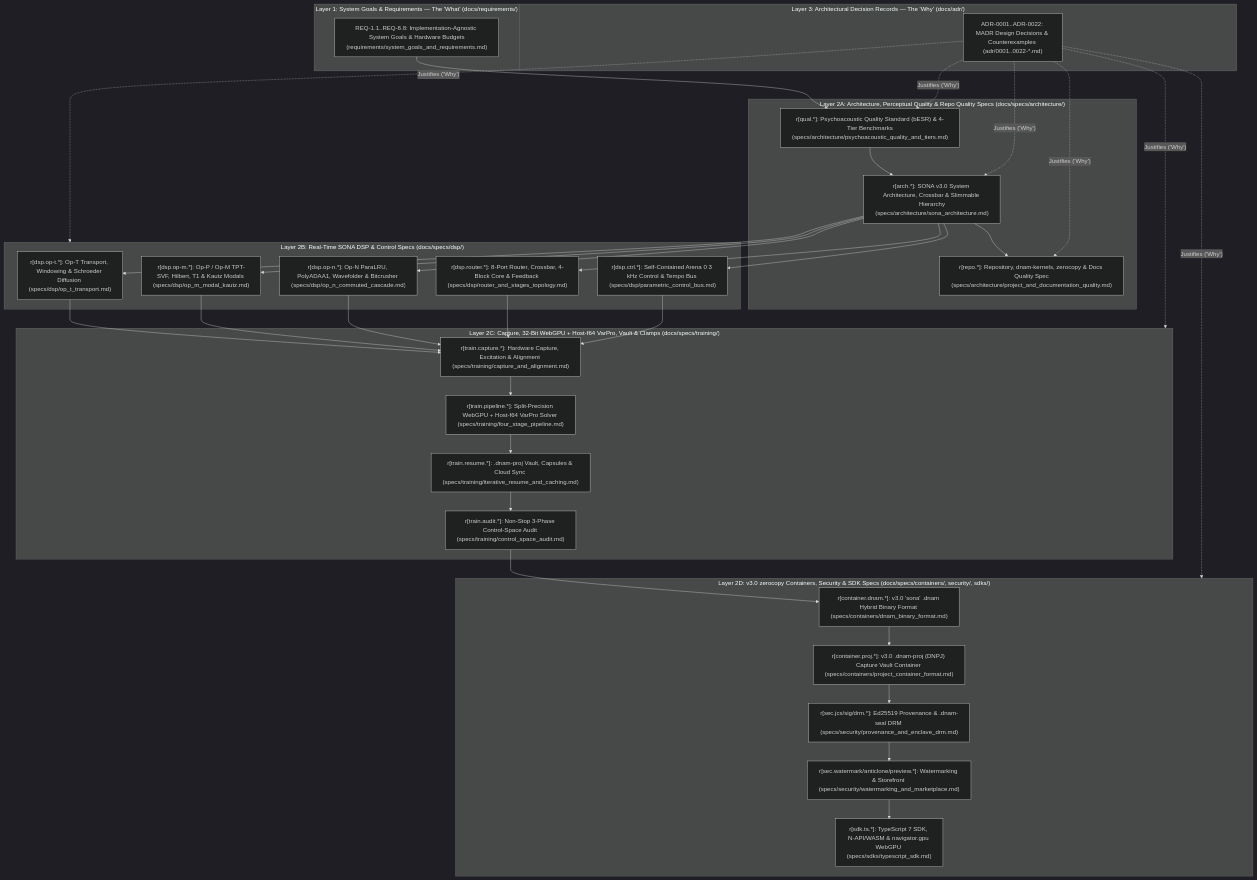
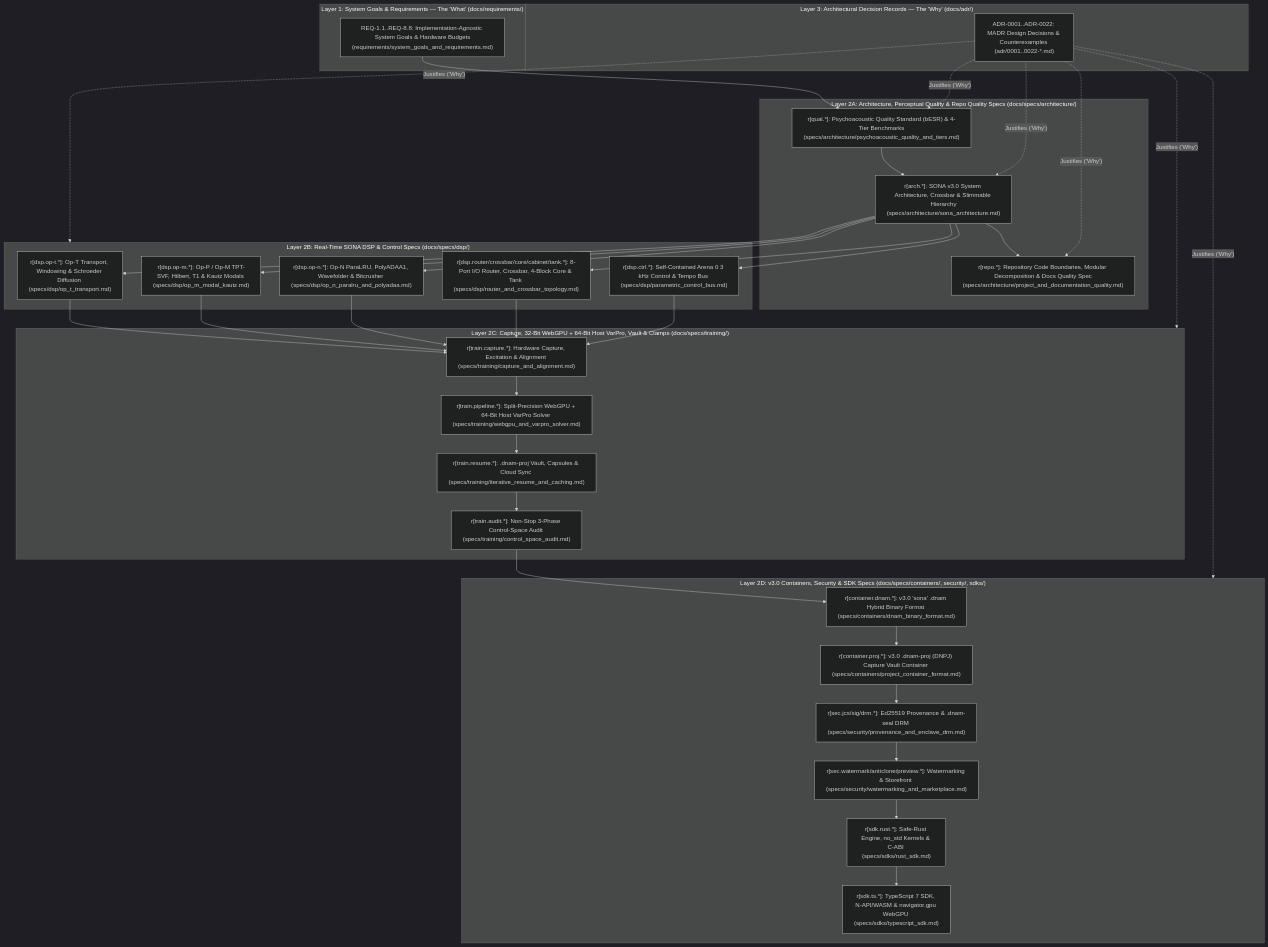
One commit to mokugen/dnam changed the diagram in docs/index.md. Above: the diagram before and after it, drawn with Mermaid (dark theme). The commit also changed other lines of this file and 198 other files, not shown here.

Commit message:
docs(specs,sdks,adr,tests): make 16 domain specs language-agnostic, extract rust_sdk.md & enforce one-way guardrails

````diff
--- a/docs/index.md
+++ b/docs/index.md
@@ -16,48 +16,49 @@
 ```mermaid
 flowchart TD
     subgraph Req ["Layer 1: System Goals & Requirements — The 'What' (docs/requirements/)"]
         G1["REQ-1.1..REQ-8.8: Implementation-Agnostic System Goals & Hardware Budgets<br/>(requirements/system_goals_and_requirements.md)"]
     end
 
     subgraph SpecsArch ["Layer 2A: Architecture, Perceptual Quality & Repo Quality Specs (docs/specs/architecture/)"]
         G2["r[qual.*]: Psychoacoustic Quality Standard (bESR) & 4-Tier Benchmarks<br/>(specs/architecture/psychoacoustic_quality_and_tiers.md)"]
         G3["r[arch.*]: SONA v3.0 System Architecture, Crossbar & Slimmable Hierarchy<br/>(specs/architecture/sona_architecture.md)"]
-        G4["r[repo.*]: Repository, dnam-kernels, zerocopy & Docs Quality Spec<br/>(specs/architecture/project_and_documentation_quality.md)"]
+        G4["r[repo.*]: Repository Code Boundaries, Modular Decomposition & Docs Quality Spec<br/>(specs/architecture/project_and_documentation_quality.md)"]
         G2 --> G3 --> G4
     end
 
     subgraph SpecsDSP ["Layer 2B: Real-Time SONA DSP & Control Specs (docs/specs/dsp/)"]
         D1["r[dsp.op-t.*]: Op-T Transport, Windowing & Schroeder Diffusion (specs/dsp/op_t_transport.md)"]
         D2["r[dsp.op-m.*]: Op-P / Op-M TPT-SVF, Hilbert, T1 & Kautz Modals (specs/dsp/op_m_modal_kautz.md)"]
-        D3["r[dsp.op-n.*]: Op-N ParaLRU, PolyADAA1, Wavefolder & Bitcrusher (specs/dsp/op_n_commuted_cascade.md)"]
-        D4["r[dsp.router.*]: 8-Port Router, Crossbar, 4-Block Core & Feedback (specs/dsp/router_and_stages_topology.md)"]
+        D3["r[dsp.op-n.*]: Op-N ParaLRU, PolyADAA1, Wavefolder & Bitcrusher (specs/dsp/op_n_paralru_and_polyadaa.md)"]
+        D4["r[dsp.router/crossbar/core/cabinet/tank.*]: 8-Port I/O Router, Crossbar, 4-Block Core & Tank (specs/dsp/router_and_crossbar_topology.md)"]
         D5["r[dsp.ctrl.*]: Self-Contained Arena 0 3 kHz Control & Tempo Bus (specs/dsp/parametric_control_bus.md)"]
     end
 
-    subgraph SpecsTrain ["Layer 2C: Capture, 32-Bit WebGPU + Host-f64 VarPro, Vault & Clamps (docs/specs/training/)"]
+    subgraph SpecsTrain ["Layer 2C: Capture, 32-Bit WebGPU + 64-Bit Host VarPro, Vault & Clamps (docs/specs/training/)"]
         T1["r[train.capture.*]: Hardware Capture, Excitation & Alignment (specs/training/capture_and_alignment.md)"]
-        T2["r[train.pipeline.*]: Split-Precision WebGPU + Host-f64 VarPro Solver (specs/training/four_stage_pipeline.md)"]
+        T2["r[train.pipeline.*]: Split-Precision WebGPU + 64-Bit Host VarPro Solver (specs/training/webgpu_and_varpro_solver.md)"]
         T3["r[train.resume.*]: .dnam-proj Vault, Capsules & Cloud Sync (specs/training/iterative_resume_and_caching.md)"]
         T4["r[train.audit.*]: Non-Stop 3-Phase Control-Space Audit (specs/training/control_space_audit.md)"]
         T1 --> T2 --> T3 --> T4
     end
 
-    subgraph SpecsCont ["Layer 2D: v3.0 zerocopy Containers, Security & SDK Specs (docs/specs/containers/, security/, sdks/)"]
+    subgraph SpecsCont ["Layer 2D: v3.0 Containers, Security & SDK Specs (docs/specs/containers/, security/, sdks/)"]
         C1["r[container.dnam.*]: v3.0 'sona' .dnam Hybrid Binary Format (specs/containers/dnam_binary_format.md)"]
         C2["r[container.proj.*]: v3.0 .dnam-proj (DNPJ) Capture Vault Container (specs/containers/project_container_format.md)"]
         S1["r[sec.jcs/sig/drm.*]: Ed25519 Provenance & .dnam-seal DRM (specs/security/provenance_and_enclave_drm.md)"]
         S2["r[sec.watermark/anticlone/preview.*]: Watermarking & Storefront (specs/security/watermarking_and_marketplace.md)"]
+        K1["r[sdk.rust.*]: Safe-Rust Engine, no_std Kernels & C-ABI (specs/sdks/rust_sdk.md)"]
         K2["r[sdk.ts.*]: TypeScript 7 SDK, N-API/WASM & navigator.gpu WebGPU (specs/sdks/typescript_sdk.md)"]
-        C1 --> C2 --> S1 --> S2 --> K2
+        C1 --> C2 --> S1 --> S2 --> K1 --> K2
     end
 
     subgraph ADRs ["Layer 3: Architectural Decision Records — The 'Why' (docs/adr/)"]
         A1["ADR-0001..ADR-0022: MADR Design Decisions & Counterexamples (adr/0001..0022-*.md)"]
     end
 
     G1 --> G2
     G3 --> D1 & D2 & D3 & D4 & D5
     D1 & D2 & D3 & D4 & D5 --> T1
     T4 --> C1
     A1 -.->|"Justifies ('Why')"| G2 & G3 & G4 & SpecsDSP & SpecsTrain & SpecsCont
 ```
````
